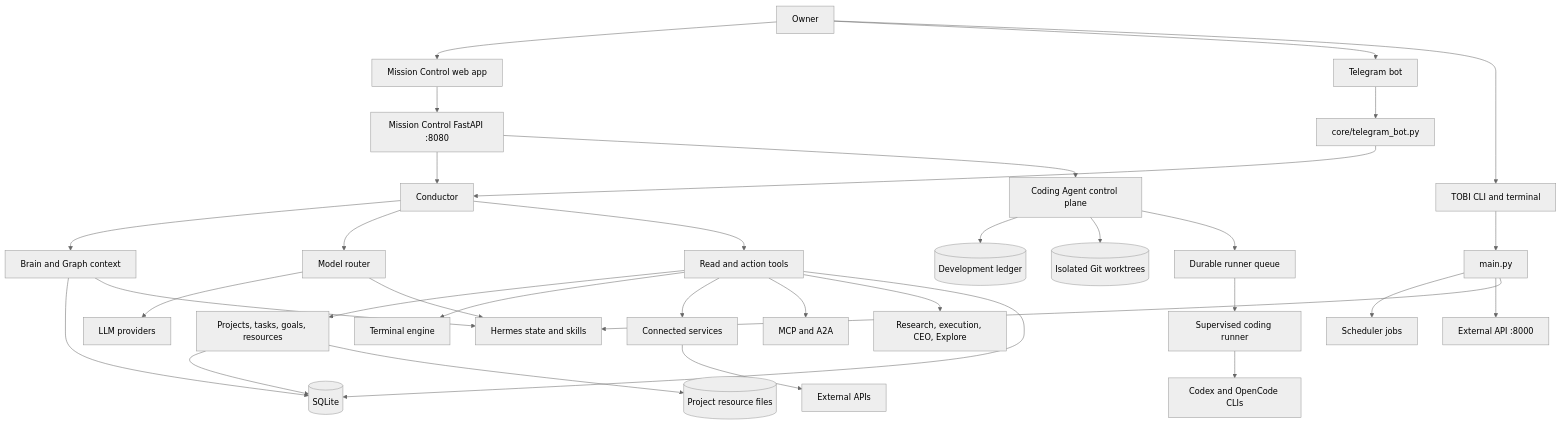
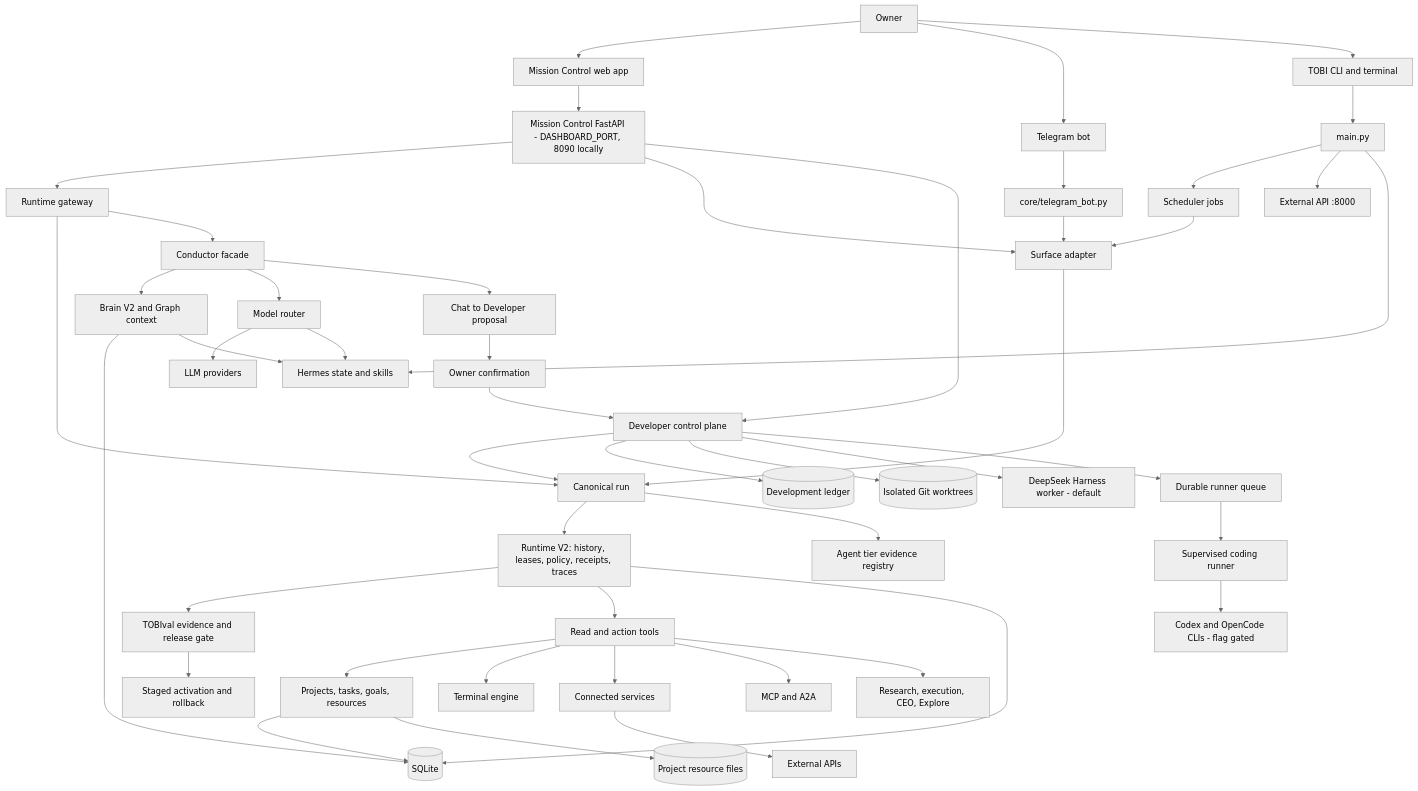
Before and after one commit to binhvu284/tobi: the first of 3 diagrams in docs/ARCHITECTURE.md, drawn with Mermaid (neutral theme). The commit also changed other lines of this file and 7 other files, not shown here.

````diff
--- a/docs/ARCHITECTURE.md
+++ b/docs/ARCHITECTURE.md
@@ -19,42 +24,58 @@
 ```mermaid
 flowchart TD
   Owner[Owner] --> MC[Mission Control web app]
   Owner --> TG[Telegram bot]
   Owner --> CLI[TOBI CLI and terminal]
 
-  MC --> DashAPI[Mission Control FastAPI :8080]
+  MC --> DashAPI[Mission Control FastAPI - DASHBOARD_PORT, 8090 locally]
   TG --> TelegramAdapter[core/telegram_bot.py]
   CLI --> Main[main.py]
 
-  DashAPI --> Conductor[Conductor]
-  DashAPI --> DevControl[Coding Agent control plane]
-  TelegramAdapter --> Conductor
+  DashAPI --> Gateway[Runtime gateway]
+  DashAPI --> Adapter[Surface adapter]
+  DashAPI --> DevControl[Developer control plane]
+  TelegramAdapter --> Adapter
   Main --> Scheduler[Scheduler jobs]
+  Scheduler --> Adapter
   Main --> PublicAPI[External API :8000]
 
-  Conductor --> Brain[Brain and Graph context]
+  Gateway --> Run[Canonical run]
+  Adapter --> Run
+  Run --> Runtime[Runtime V2: history, leases, policy, receipts, traces]
+  Runtime --> Tobival[TOBIval evidence and release gate]
+  Tobival --> Rollout[Staged activation and rollback]
+
+  Gateway --> Conductor[Conductor facade]
+  Conductor --> Brain[Brain V2 and Graph context]
   Conductor --> Models[Model router]
-  Conductor --> Tools[Read and action tools]
+  Runtime --> Tools[Read and action tools]
 
   Tools --> Projects[Projects, tasks, goals, resources]
   Tools --> Terminal[Terminal engine]
   Tools --> Integrations[Connected services]
   Tools --> MCP[MCP and A2A]
   Tools --> Engines[Research, execution, CEO, Explore]
 
   Brain --> SQLite[(SQLite)]
+  Runtime --> SQLite
   Projects --> SQLite
   Projects --> Files[(Project resource files)]
-  Tools --> SQLite
   Models --> Providers[LLM providers]
   Integrations --> External[External APIs]
+
+  Conductor --> Dispatch[Chat to Developer proposal]
+  Dispatch --> Confirm[Owner confirmation]
+  Confirm --> DevControl
+  DevControl --> Run
   DevControl --> DevDB[(Development ledger)]
   DevControl --> Worktrees[(Isolated Git worktrees)]
+  DevControl --> Harness[DeepSeek Harness worker - default]
   DevControl --> RunnerQueue[Durable runner queue]
   RunnerQueue --> RunnerService[Supervised coding runner]
-  RunnerService --> CodingCLIs[Codex and OpenCode CLIs]
+  RunnerService --> CodingCLIs[Codex and OpenCode CLIs - flag gated]
+  Run --> AgentTier[Agent tier evidence registry]
 
   Main --> Hermes[Hermes state and skills]
   Brain --> Hermes
   Models --> Hermes
 ```
````
